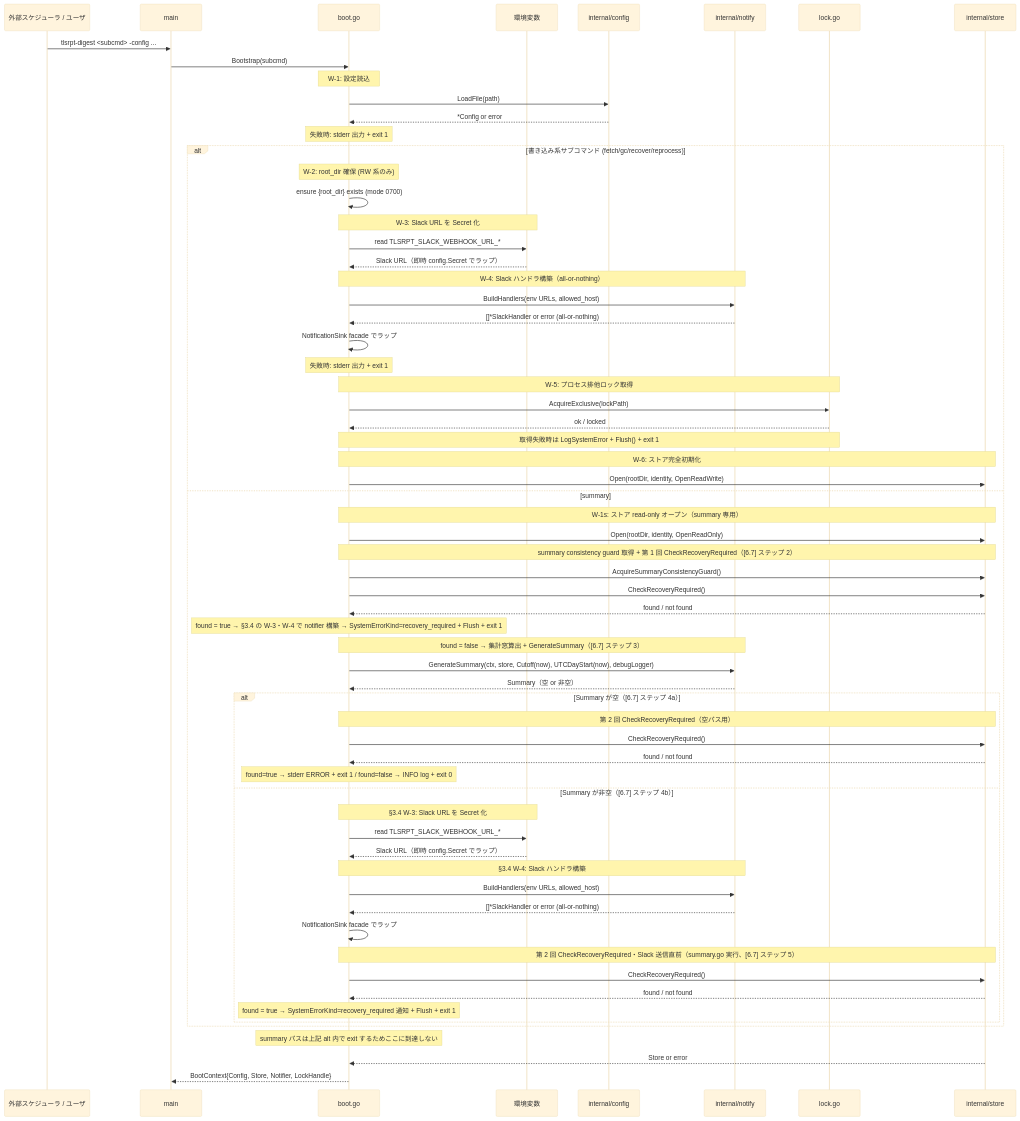
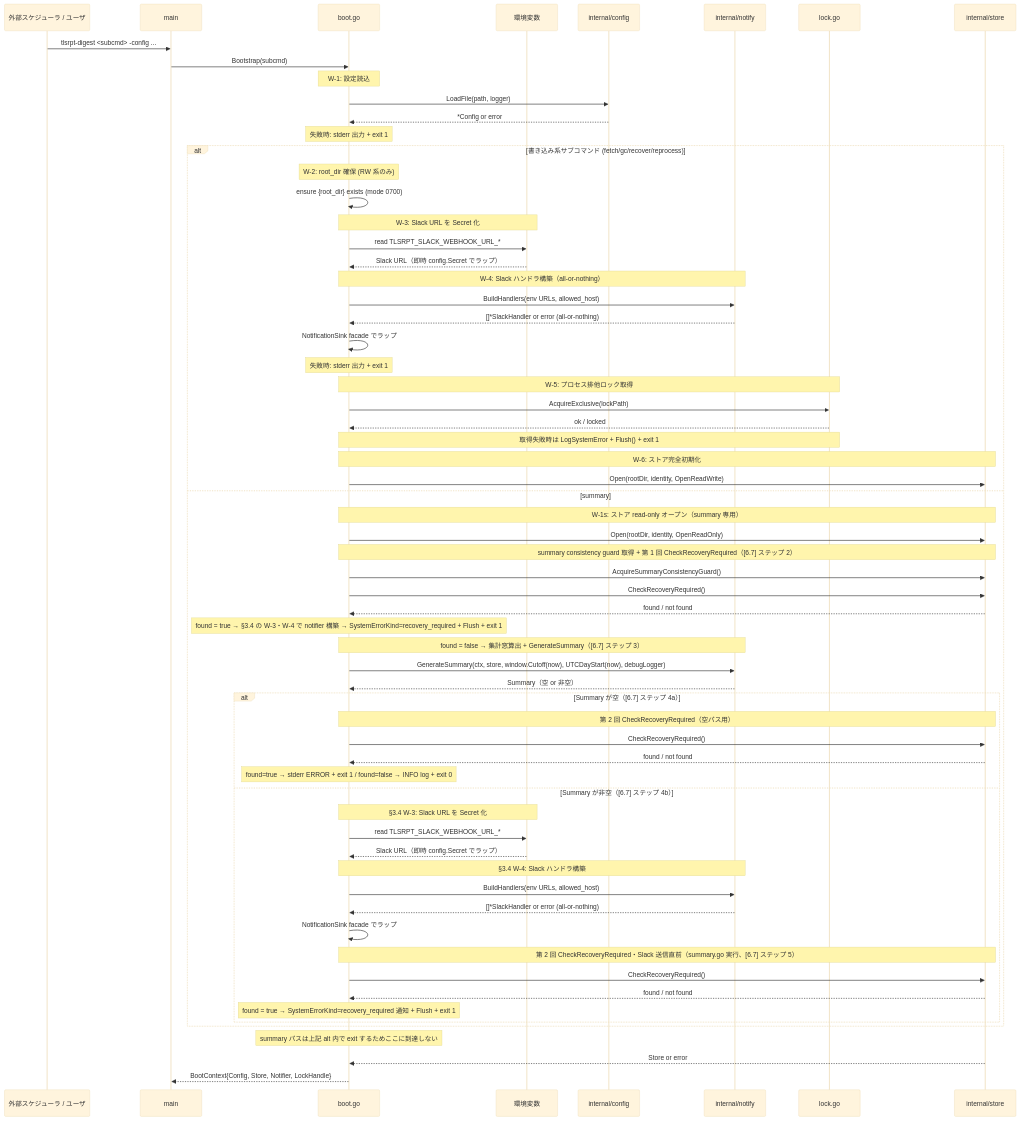
Before and after one commit to isseis/tlsrpt-digest: the fifth of 12 diagrams in docs/tasks/0070_entrypoint/02_architecture.md, drawn with Mermaid (base theme).

Commit message:
docs(task 0070): fix sequence diagram API call signatures
- LoadFile(path) → LoadFile(path, logger) to match actual signature
  internal/config.LoadFile(path string, logger *slog.Logger)
- Cutoff(now) → window.Cutoff(now) in GenerateSummary call to clarify
  which Duration value's Cutoff method is being invoked, consistent
  with Duration.Cutoff(now time.Time) defined in §3.1 / §3.5

````diff
--- a/docs/tasks/0070_entrypoint/02_architecture.md
+++ b/docs/tasks/0070_entrypoint/02_architecture.md
@@ -169,68 +169,68 @@
 ```mermaid
 sequenceDiagram
     participant U as 外部スケジューラ / ユーザ
     participant M as main
     participant B as boot.go
     participant ENV as 環境変数
     participant CFG as internal/config
     participant N as internal/notify
     participant L as lock.go
     participant S as internal/store
 
     U->>M: tlsrpt-digest <subcmd> -config ...
     M->>B: Bootstrap(subcmd)
     Note over B: W-1: 設定読込
-    B->>CFG: LoadFile(path)
+    B->>CFG: LoadFile(path, logger)
     CFG-->>B: *Config or error
     Note over B: 失敗時: stderr 出力 + exit 1
     alt 書き込み系サブコマンド (fetch/gc/recover/reprocess)
         Note over B: W-2: root_dir 確保 (RW 系のみ)
         B->>B: ensure {root_dir} exists (mode 0700)
         Note over B,ENV: W-3: Slack URL を Secret 化
         B->>ENV: read TLSRPT_SLACK_WEBHOOK_URL_*
         ENV-->>B: Slack URL（即時 config.Secret でラップ）
         Note over B,N: W-4: Slack ハンドラ構築（all-or-nothing）
         B->>N: BuildHandlers(env URLs, allowed_host)
         N-->>B: []*SlackHandler or error (all-or-nothing)
         B->>B: NotificationSink facade でラップ
         Note over B: 失敗時: stderr 出力 + exit 1
         Note over B,L: W-5: プロセス排他ロック取得
         B->>L: AcquireExclusive(lockPath)
         L-->>B: ok / locked
         Note over B,L: 取得失敗時は LogSystemError + Flush() + exit 1
         Note over B,S: W-6: ストア完全初期化
         B->>S: Open(rootDir, identity, OpenReadWrite)
     else summary
         Note over B,S: W-1s: ストア read-only オープン（summary 専用）
         B->>S: Open(rootDir, identity, OpenReadOnly)
         Note over B,S: summary consistency guard 取得 + 第 1 回 CheckRecoveryRequired（[6.7] ステップ 2）
         B->>S: AcquireSummaryConsistencyGuard()
         B->>S: CheckRecoveryRequired()
         S-->>B: found / not found
         Note over B: found = true → §3.4 の W-3・W-4 で notifier 構築 → SystemErrorKind=recovery_required + Flush + exit 1
         Note over B,N: found = false → 集計窓算出 + GenerateSummary（[6.7] ステップ 3）
-        B->>N: GenerateSummary(ctx, store, Cutoff(now), UTCDayStart(now), debugLogger)
+        B->>N: GenerateSummary(ctx, store, window.Cutoff(now), UTCDayStart(now), debugLogger)
         N-->>B: Summary（空 or 非空）
         alt Summary が空（[6.7] ステップ 4a）
             Note over B,S: 第 2 回 CheckRecoveryRequired（空パス用）
             B->>S: CheckRecoveryRequired()
             S-->>B: found / not found
             Note over B: found=true → stderr ERROR + exit 1  /  found=false → INFO log + exit 0
         else Summary が非空（[6.7] ステップ 4b）
             Note over B,ENV: §3.4 W-3: Slack URL を Secret 化
             B->>ENV: read TLSRPT_SLACK_WEBHOOK_URL_*
             ENV-->>B: Slack URL（即時 config.Secret でラップ）
             Note over B,N: §3.4 W-4: Slack ハンドラ構築
             B->>N: BuildHandlers(env URLs, allowed_host)
             N-->>B: []*SlackHandler or error (all-or-nothing)
             B->>B: NotificationSink facade でラップ
             Note over B,S: 第 2 回 CheckRecoveryRequired・Slack 送信直前（summary.go 実行、[6.7] ステップ 5）
             B->>S: CheckRecoveryRequired()
             S-->>B: found / not found
             Note over B: found = true → SystemErrorKind=recovery_required 通知 + Flush + exit 1
         end
     end
     Note over B: summary パスは上記 alt 内で exit するためここに到達しない
     S-->>B: Store or error
     B-->>M: BootContext{Config, Store, Notifier, LockHandle}
 ```
````
